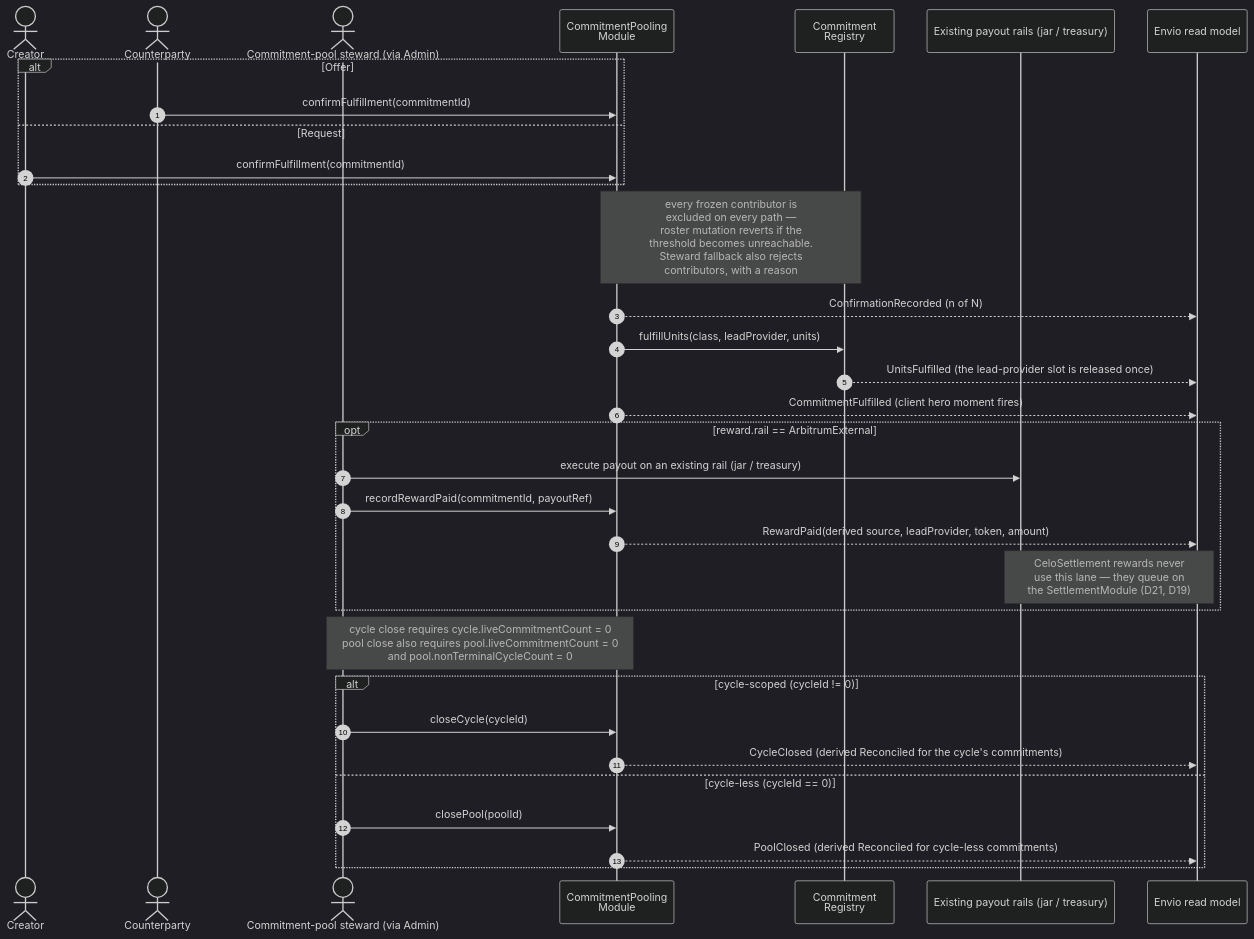
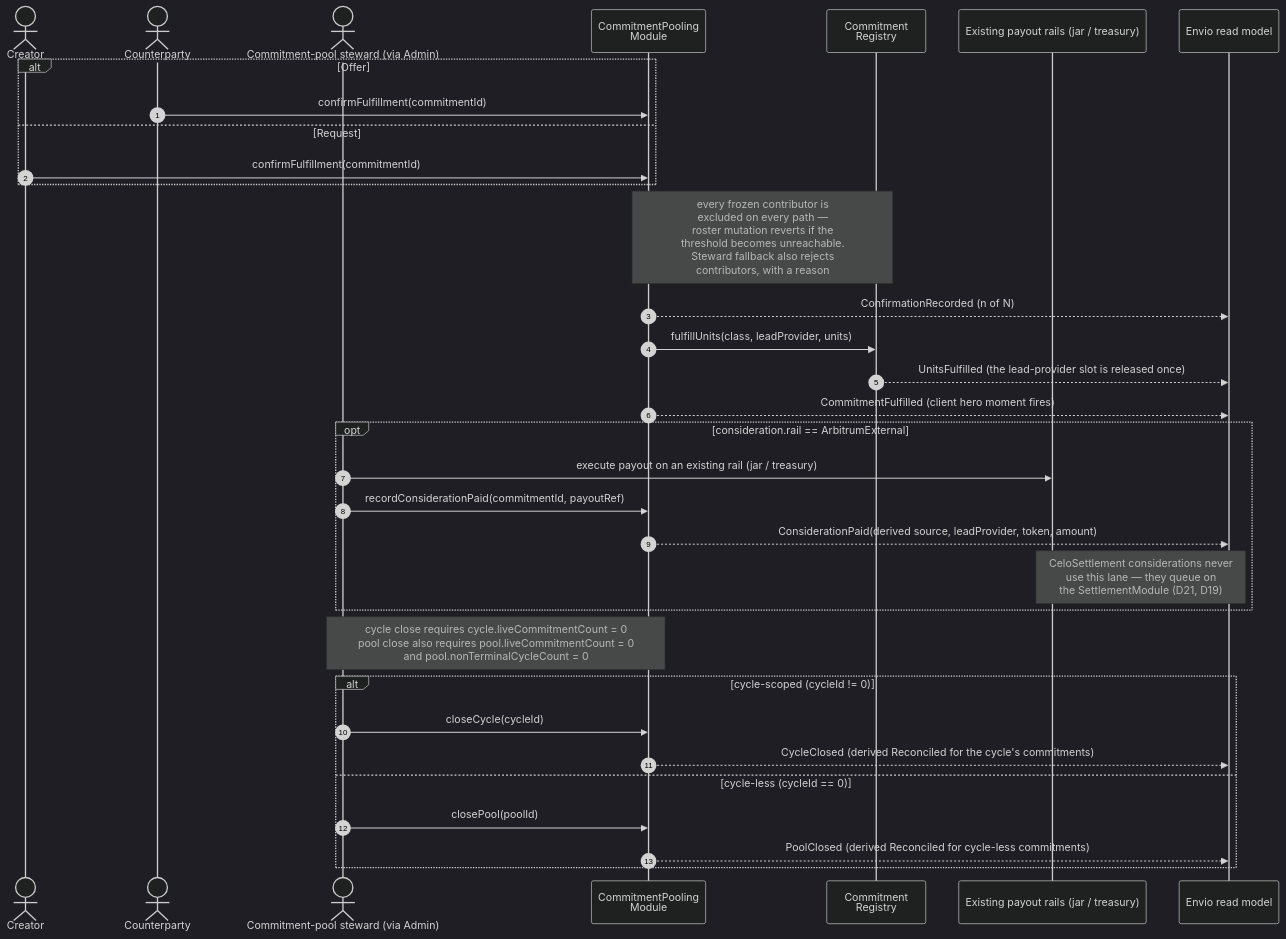
One commit to greenpill-dev-guild/green-goods changed the eighth of 42 diagrams in .plans/active/commitment-pooling/diagrams.md. Above: the diagram before and after it, drawn with Mermaid (dark theme). The commit also changed other lines of this file and 38 other files, not shown here.

First line of the commit message:
docs(claude): record the payer correction and settlement completion

````diff
--- a/.plans/active/commitment-pooling/diagrams.md
+++ b/.plans/active/commitment-pooling/diagrams.md
@@ -563,36 +563,36 @@
 ```mermaid
 sequenceDiagram
   autonumber
   actor A as Creator
   actor B as Counterparty
   actor OP as Commitment-pool steward (via Admin)
   participant M as CommitmentPooling<br/>Module
   participant R as Commitment<br/>Registry
   participant RAILS as Existing payout rails (jar / treasury)
   participant IDX as Envio read model
 
   alt Offer
     B->>M: confirmFulfillment(commitmentId)
   else Request
     A->>M: confirmFulfillment(commitmentId)
   end
   Note over M,R: every frozen contributor is<br/>excluded on every path —<br/>roster mutation reverts if the<br/>threshold becomes unreachable.<br/>Steward fallback also rejects<br/>contributors, with a reason
   M-->>IDX: ConfirmationRecorded (n of N)
   M->>R: fulfillUnits(class, leadProvider, units)
   R-->>IDX: UnitsFulfilled (the lead-provider slot is released once)
   M-->>IDX: CommitmentFulfilled (client hero moment fires)
-  opt reward.rail == ArbitrumExternal
+  opt consideration.rail == ArbitrumExternal
     OP->>RAILS: execute payout on an existing rail (jar / treasury)
-    OP->>M: recordRewardPaid(commitmentId, payoutRef)
-    M-->>IDX: RewardPaid(derived source, leadProvider, token, amount)
-    Note over RAILS,IDX: CeloSettlement rewards never<br/>use this lane — they queue on<br/>the SettlementModule (D21, D19)
+    OP->>M: recordConsiderationPaid(commitmentId, payoutRef)
+    M-->>IDX: ConsiderationPaid(derived source, leadProvider, token, amount)
+    Note over RAILS,IDX: CeloSettlement considerations never<br/>use this lane — they queue on<br/>the SettlementModule (D21, D19)
   end
   Note over OP,M: cycle close requires cycle.liveCommitmentCount = 0<br/>pool close also requires pool.liveCommitmentCount = 0<br/>and pool.nonTerminalCycleCount = 0
   alt cycle-scoped (cycleId != 0)
     OP->>M: closeCycle(cycleId)
     M-->>IDX: CycleClosed (derived Reconciled for the cycle's commitments)
   else cycle-less (cycleId == 0)
     OP->>M: closePool(poolId)
     M-->>IDX: PoolClosed (derived Reconciled for cycle-less commitments)
   end
 ```
````
